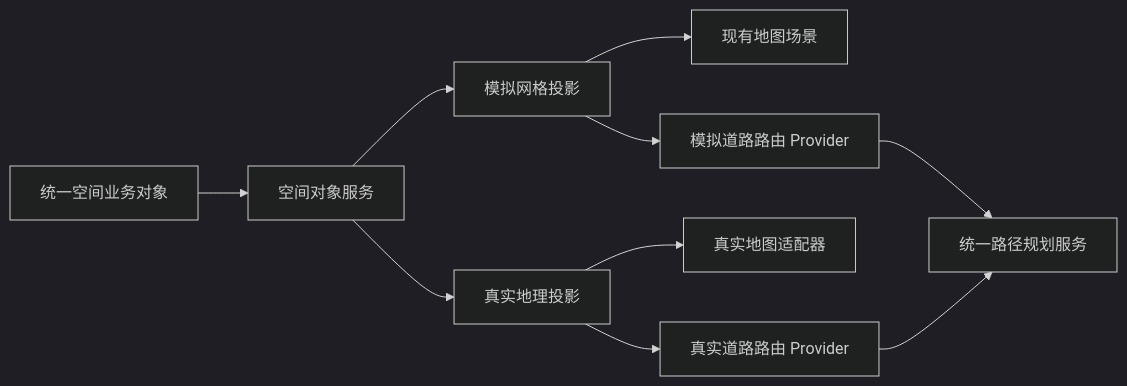
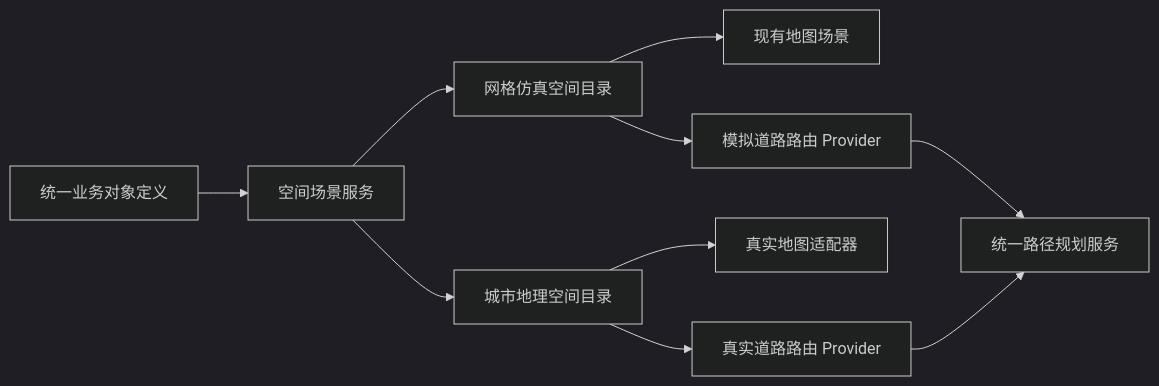
The first of 4 diagrams in doc/01-space-model/12-real-geospatial-operating-map-design.md (Chizheng4/robotaxi), drawn with Mermaid (dark theme) before and after one commit. The commit also changed other lines of this file and 24 other files, not shown here.

````diff
--- a/doc/01-space-model/12-real-geospatial-operating-map-design.md
+++ b/doc/01-space-model/12-real-geospatial-operating-map-design.md
@@ -73,12 +91,12 @@
 ```mermaid
 flowchart LR
-  OBJECT["统一空间业务对象"] --> SPATIAL["空间对象服务"]
-  SPATIAL --> GRID["模拟网格投影"]
-  SPATIAL --> GEO["真实地理投影"]
+  OBJECT["统一业务对象定义"] --> SCENE["空间场景服务"]
+  SCENE --> GRID["网格仿真空间目录"]
+  SCENE --> GEO["城市地理空间目录"]
   GRID --> GRIDMAP["现有地图场景"]
   GEO --> MAP["真实地图适配器"]
   GRID --> GRIDROUTE["模拟道路路由 Provider"]
   GEO --> REALROUTE["真实道路路由 Provider"]
   GRIDROUTE --> ROUTE["统一路径规划服务"]
   REALROUTE --> ROUTE
 ```
````
